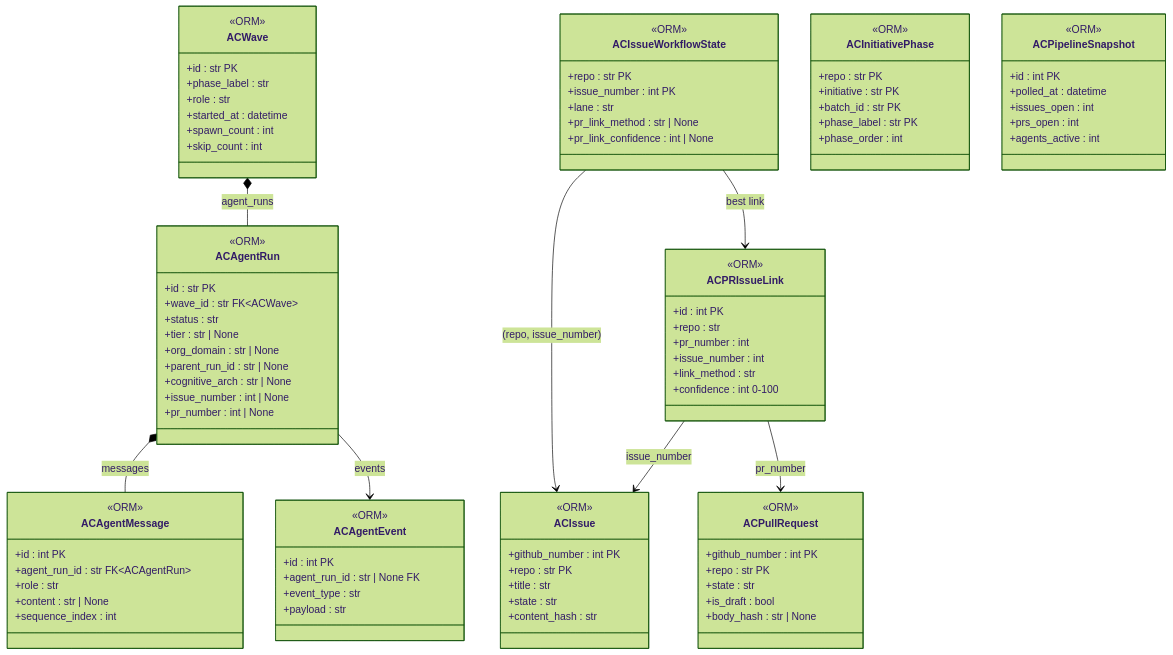
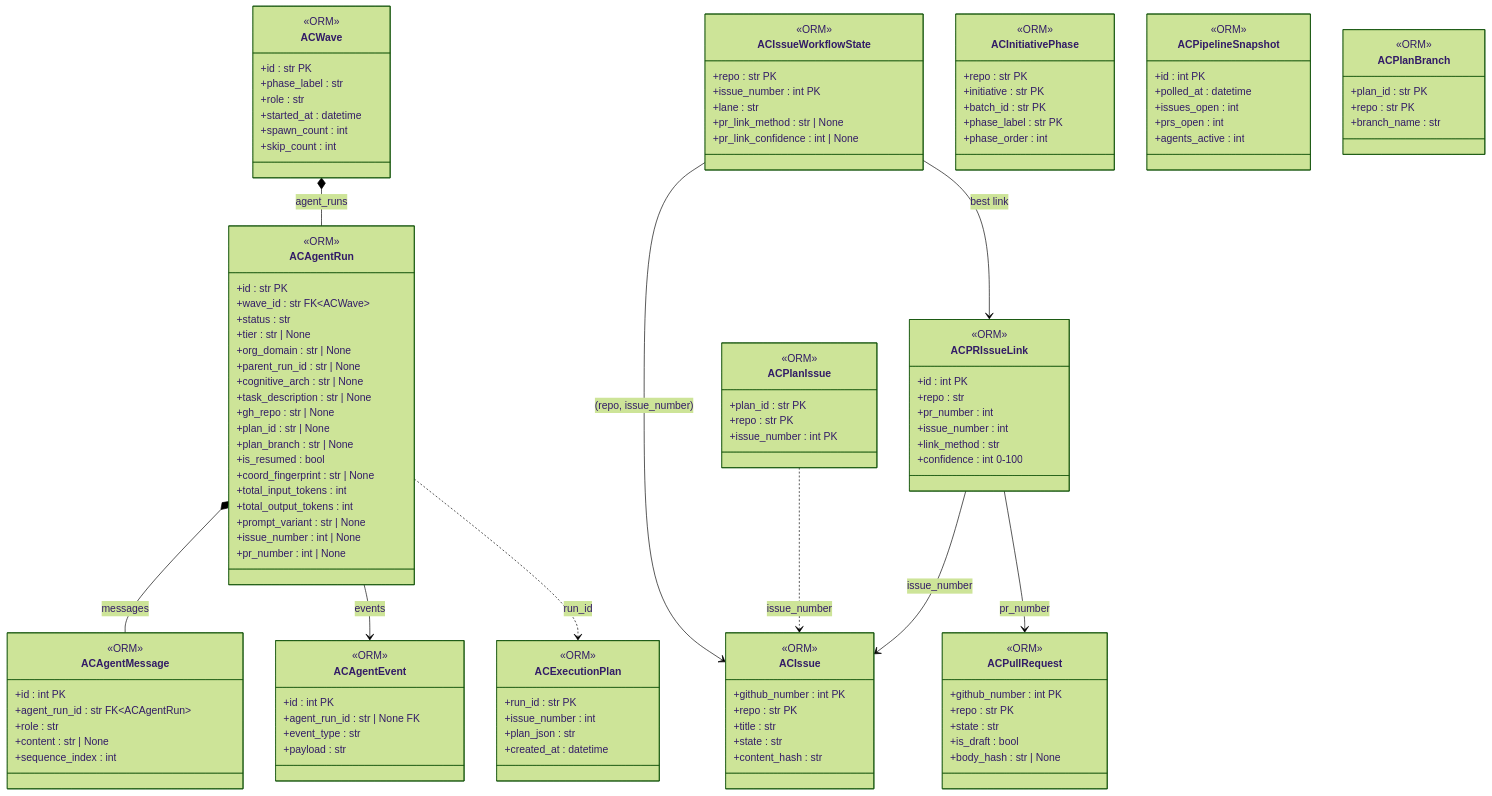
One commit to cgcardona/agentception changed the third of 9 diagrams in docs/reference/type-contracts.md. Above: the diagram before and after it, drawn with Mermaid (forest theme). The commit also changed other lines of this file and 1 other file, not shown here.

````diff
--- a/docs/reference/type-contracts.md
+++ b/docs/reference/type-contracts.md
@@ -1248,6 +1753,15 @@
         +org_domain : str | None
         +parent_run_id : str | None
         +cognitive_arch : str | None
+        +task_description : str | None
+        +gh_repo : str | None
+        +plan_id : str | None
+        +plan_branch : str | None
+        +is_resumed : bool
+        +coord_fingerprint : str | None
+        +total_input_tokens : int
+        +total_output_tokens : int
+        +prompt_variant : str | None
         +issue_number : int | None
         +pr_number : int | None
     }
@@ -1315,12 +1829,33 @@
         +prs_open : int
         +agents_active : int
     }
+    class ACPlanIssue {
+        <<ORM>>
+        +plan_id : str PK
+        +repo : str PK
+        +issue_number : int PK
+    }
+    class ACPlanBranch {
+        <<ORM>>
+        +plan_id : str PK
+        +repo : str PK
+        +branch_name : str
+    }
+    class ACExecutionPlan {
+        <<ORM>>
+        +run_id : str PK
+        +issue_number : int
+        +plan_json : str
+        +created_at : datetime
+    }
 
     ACWave *-- ACAgentRun : agent_runs
     ACAgentRun *-- ACAgentMessage : messages
     ACAgentRun --> ACAgentEvent : events
+    ACAgentRun ..> ACExecutionPlan : run_id
     ACPRIssueLink --> ACIssue : issue_number
     ACPRIssueLink --> ACPullRequest : pr_number
     ACIssueWorkflowState --> ACIssue : (repo, issue_number)
     ACIssueWorkflowState --> ACPRIssueLink : best link
+    ACPlanIssue ..> ACIssue : issue_number
 ```
````
